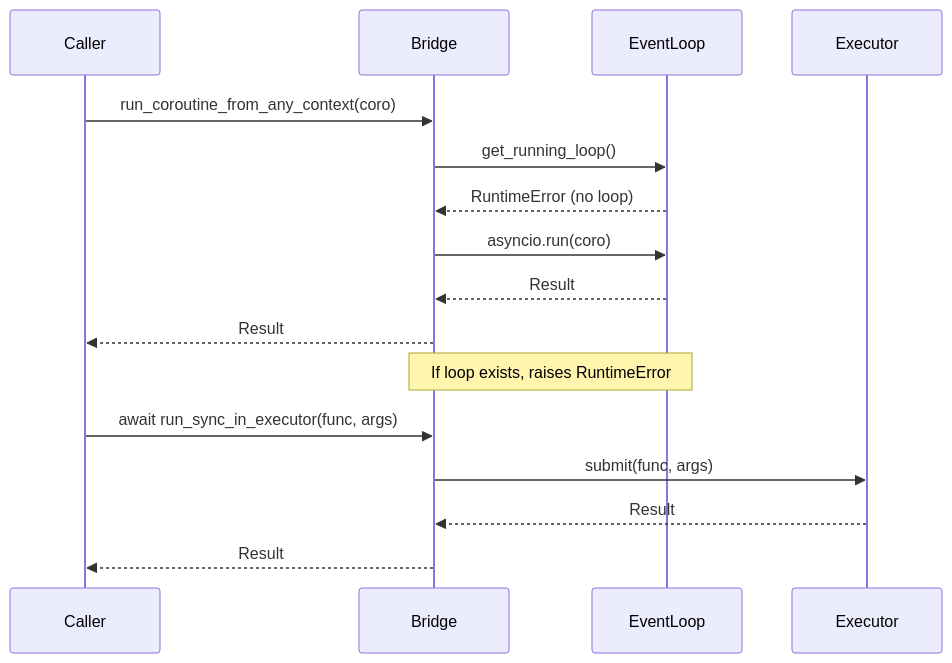
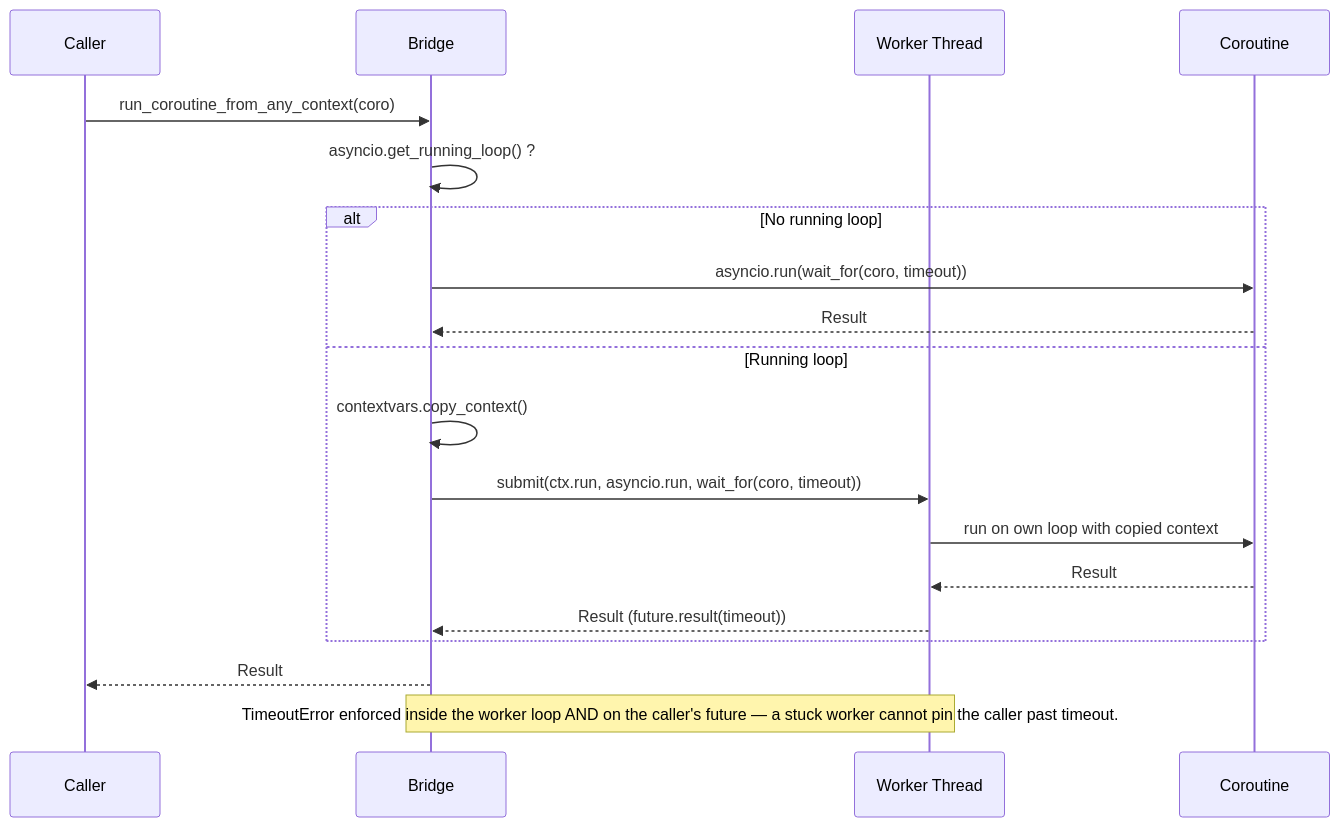
One commit to MervinPraison/PraisonAIDocs changed the second of 11 diagrams in docs/features/async-bridge.mdx. Above: the diagram before and after it, drawn with Mermaid. The commit also changed other lines of this file and 2 other files, not shown here.

First line of the commit message:
docs: update async-bridge for run_coroutine_from_any_context (fixes #4335)

````diff
--- a/docs/features/async-bridge.mdx
+++ b/docs/features/async-bridge.mdx
@@ -120,21 +149,25 @@
 ```mermaid
 sequenceDiagram
     participant Caller
     participant Bridge
-    participant EventLoop
-    participant Executor
-    
+    participant Worker as Worker Thread
+    participant Coro as Coroutine
+
     Caller->>Bridge: run_coroutine_from_any_context(coro)
-    Bridge->>EventLoop: get_running_loop()
-    EventLoop-->>Bridge: RuntimeError (no loop)
-    Bridge->>EventLoop: asyncio.run(coro)
-    EventLoop-->>Bridge: Result
+    Bridge->>Bridge: asyncio.get_running_loop() ?
+
+    alt No running loop
+        Bridge->>Coro: asyncio.run(wait_for(coro, timeout))
+        Coro-->>Bridge: Result
+    else Running loop
+        Bridge->>Bridge: contextvars.copy_context()
+        Bridge->>Worker: submit(ctx.run, asyncio.run, wait_for(coro, timeout))
+        Worker->>Coro: run on own loop with copied context
+        Coro-->>Worker: Result
+        Worker-->>Bridge: Result (future.result(timeout))
+    end
+
     Bridge-->>Caller: Result
-    
-    Note over Bridge,EventLoop: If loop exists, raises RuntimeError
-    
-    Caller->>Bridge: await run_sync_in_executor(func, args)
-    Bridge->>Executor: submit(func, args)
-    Executor-->>Bridge: Result
-    Bridge-->>Caller: Result
+
+    Note over Bridge,Worker: TimeoutError enforced inside the worker loop AND on the caller's future — a stuck worker cannot pin the caller past timeout.
 ```
````
